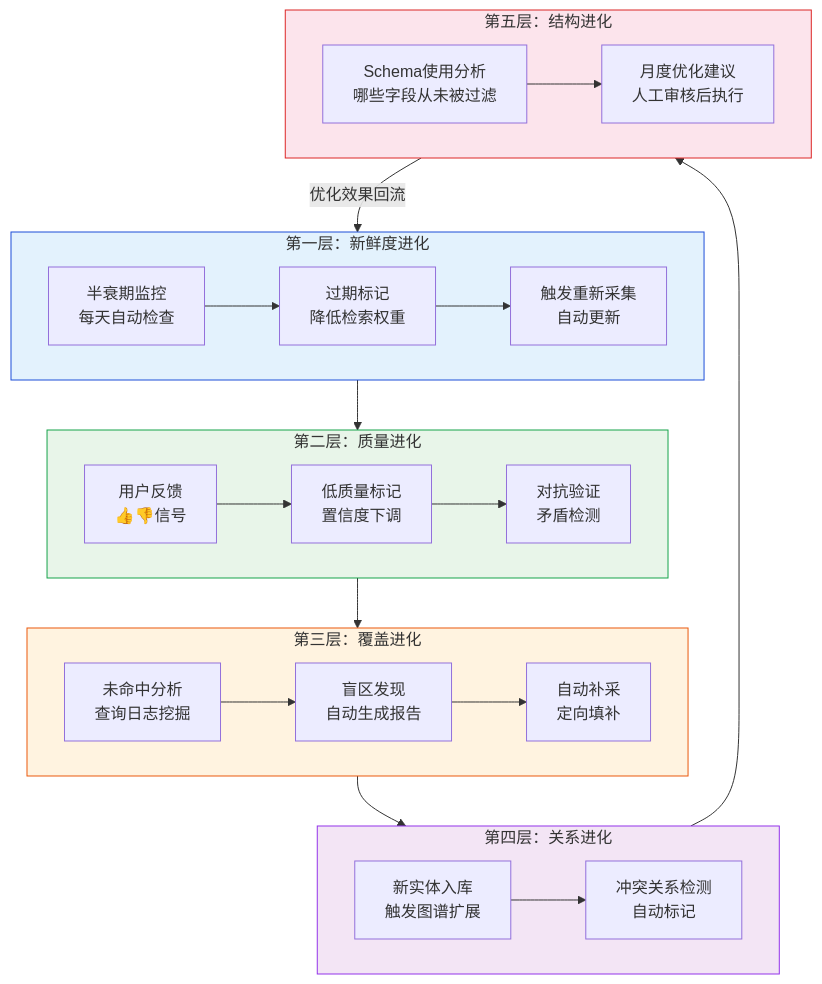
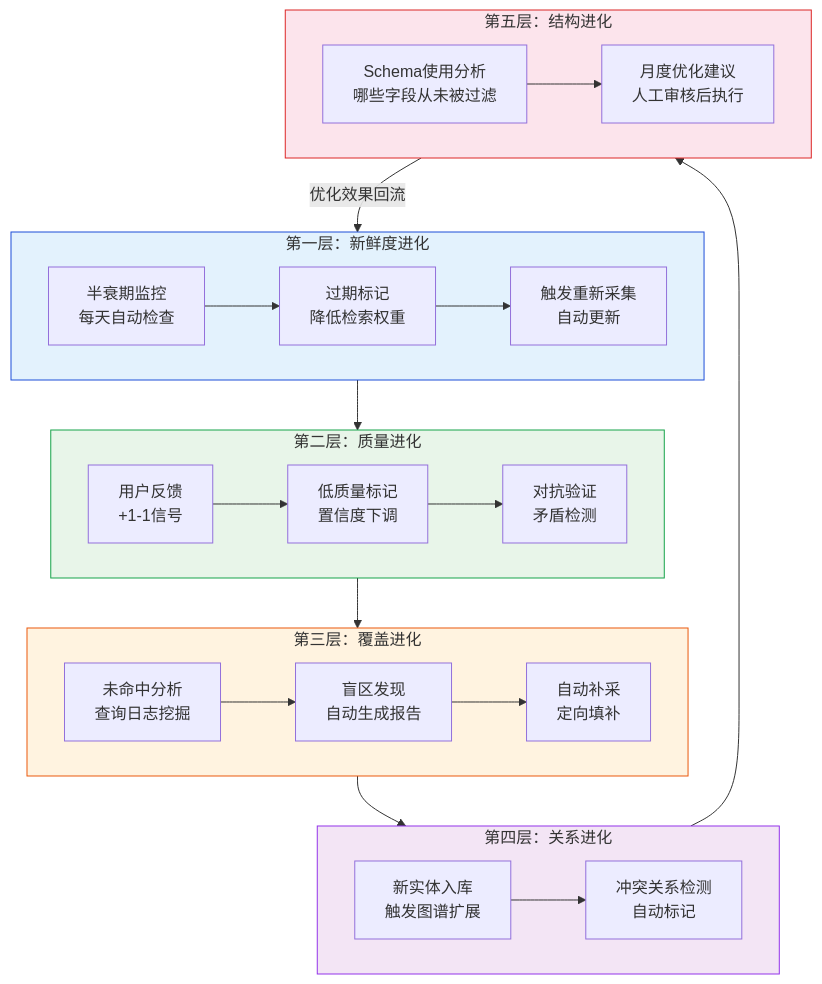
One commit to zjgulai/Kb2Agent changed the third of 3 diagrams in docs/knowledge/11-kb-evolution.md. Above: the diagram before and after it, drawn with Mermaid. The commit also changed other lines of this file and 17 other files, not shown here.

````diff
--- a/docs/knowledge/11-kb-evolution.md
+++ b/docs/knowledge/11-kb-evolution.md
@@ -639,30 +639,30 @@
 ```mermaid
 flowchart TD
     subgraph L1["第一层：新鲜度进化"]
         F1["半衰期监控\n每天自动检查"] --> F2["过期标记\n降低检索权重"]
         F2 --> F3["触发重新采集\n自动更新"]
     end
     subgraph L2["第二层：质量进化"]
-        Q1["用户反馈\n👍👎信号"] --> Q2["低质量标记\n置信度下调"]
+        Q1["用户反馈\n+1-1信号"] --> Q2["低质量标记\n置信度下调"]
         Q2 --> Q3["对抗验证\n矛盾检测"]
     end
     subgraph L3["第三层：覆盖进化"]
         C1["未命中分析\n查询日志挖掘"] --> C2["盲区发现\n自动生成报告"]
         C2 --> C3["自动补采\n定向填补"]
     end
     subgraph L4["第四层：关系进化"]
         R1["新实体入库\n触发图谱扩展"] --> R2["冲突关系检测\n自动标记"]
     end
     subgraph L5["第五层：结构进化"]
         S1["Schema使用分析\n哪些字段从未被过滤"] --> S2["月度优化建议\n人工审核后执行"]
     end
 
     L1 --> L2 --> L3 --> L4 --> L5
     L5 -->|优化效果回流| L1
 
     style L1 fill:#e3f2fd,stroke:#1d4ed8
     style L2 fill:#e8f5e9,stroke:#16a34a
     style L3 fill:#fff3e0,stroke:#ea580c
     style L4 fill:#f3e5f5,stroke:#9333ea
     style L5 fill:#fce4ec,stroke:#dc2626
 ```
````
